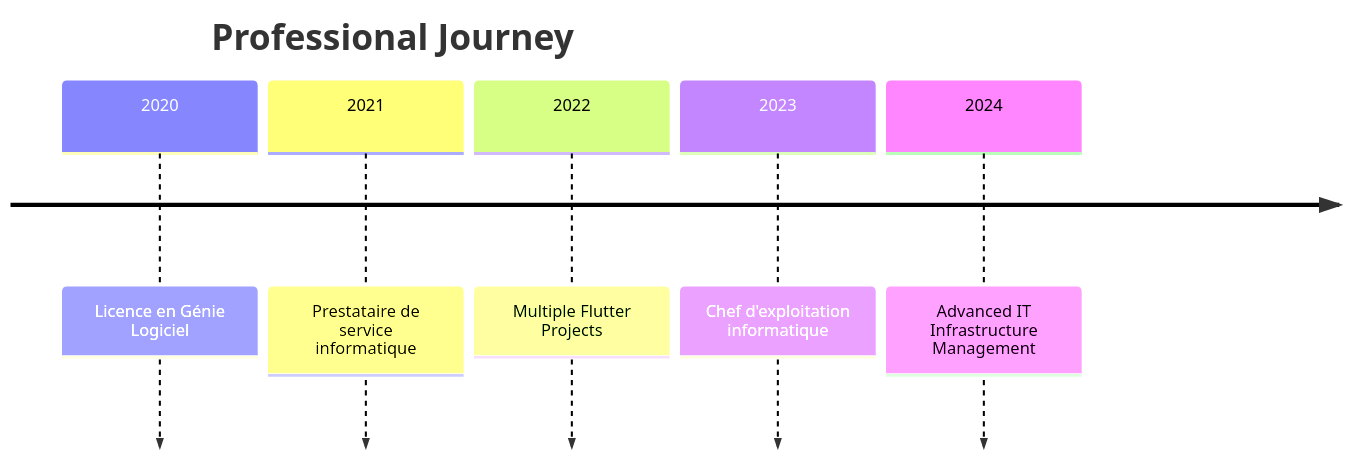
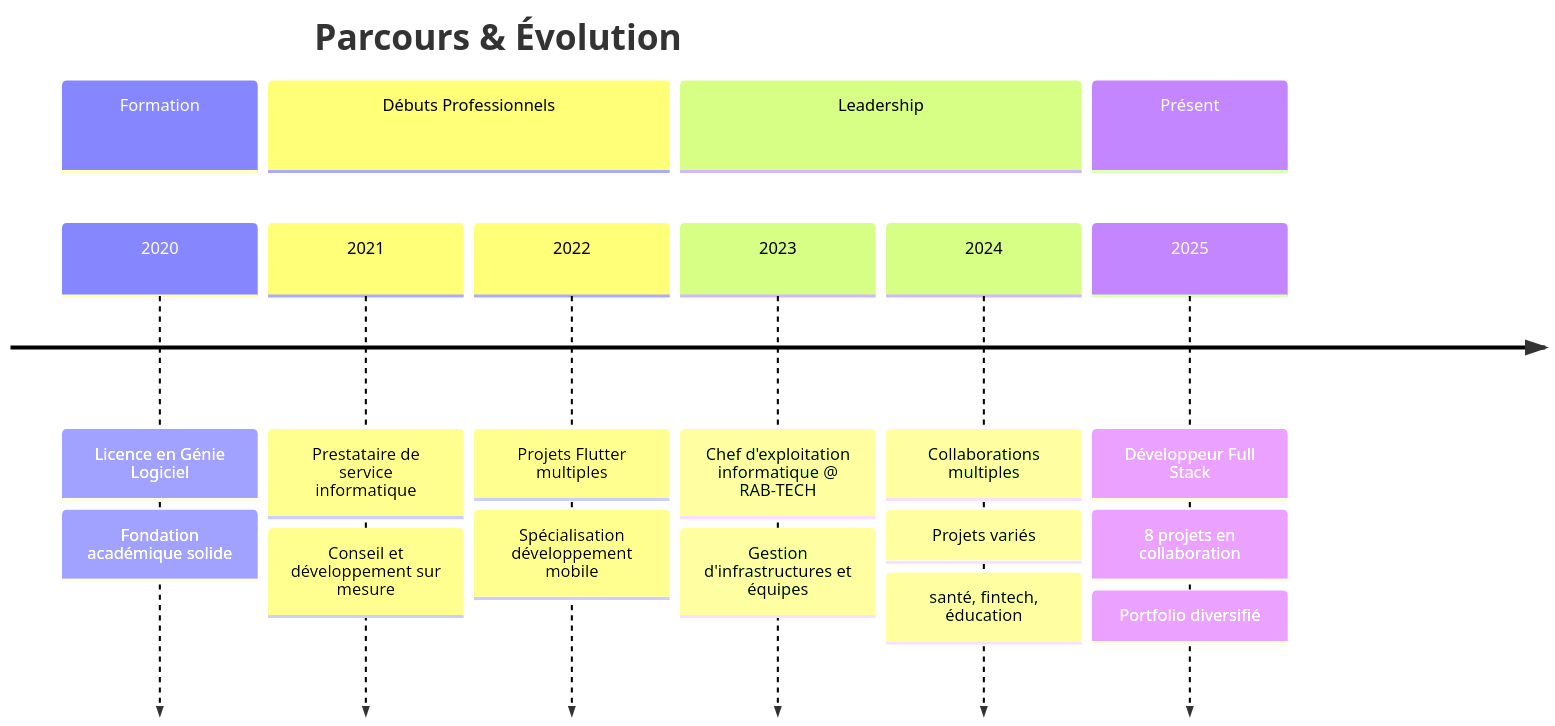
Before and after one commit to MikeCHOKKI/MikeCHOKKI: the diagram in README.md, drawn with Mermaid. The commit also changed other lines of this file, not shown here.

````diff
--- a/README.md
+++ b/README.md
@@ -327,9 +282,27 @@
 ```mermaid
 timeline
-    title Professional Journey
-    2020    : Licence en Génie Logiciel
-    2021    : Prestataire de service informatique
-    2022    : Multiple Flutter Projects
-    2023    : Chef d'exploitation informatique
-    2024    : Advanced IT Infrastructure Management
+    title Parcours & Évolution
+    
+    section Formation
+        2020 : Licence en Génie Logiciel
+             : Fondation académique solide
+    
+    section Débuts Professionnels
+        2021 : Prestataire de service informatique
+             : Conseil et développement sur mesure
+             
+        2022 : Projets Flutter multiples
+             : Spécialisation développement mobile
+    
+    section Leadership
+        2023 : Chef d'exploitation informatique @ RAB-TECH
+             : Gestion d'infrastructures et équipes
+             
+        2024 : Collaborations multiples
+             : Projets variés : santé, fintech, éducation
+             
+    section Présent
+        2025 : Développeur Full Stack
+             : 8 projets en collaboration
+             : Portfolio diversifié
 ```
````
